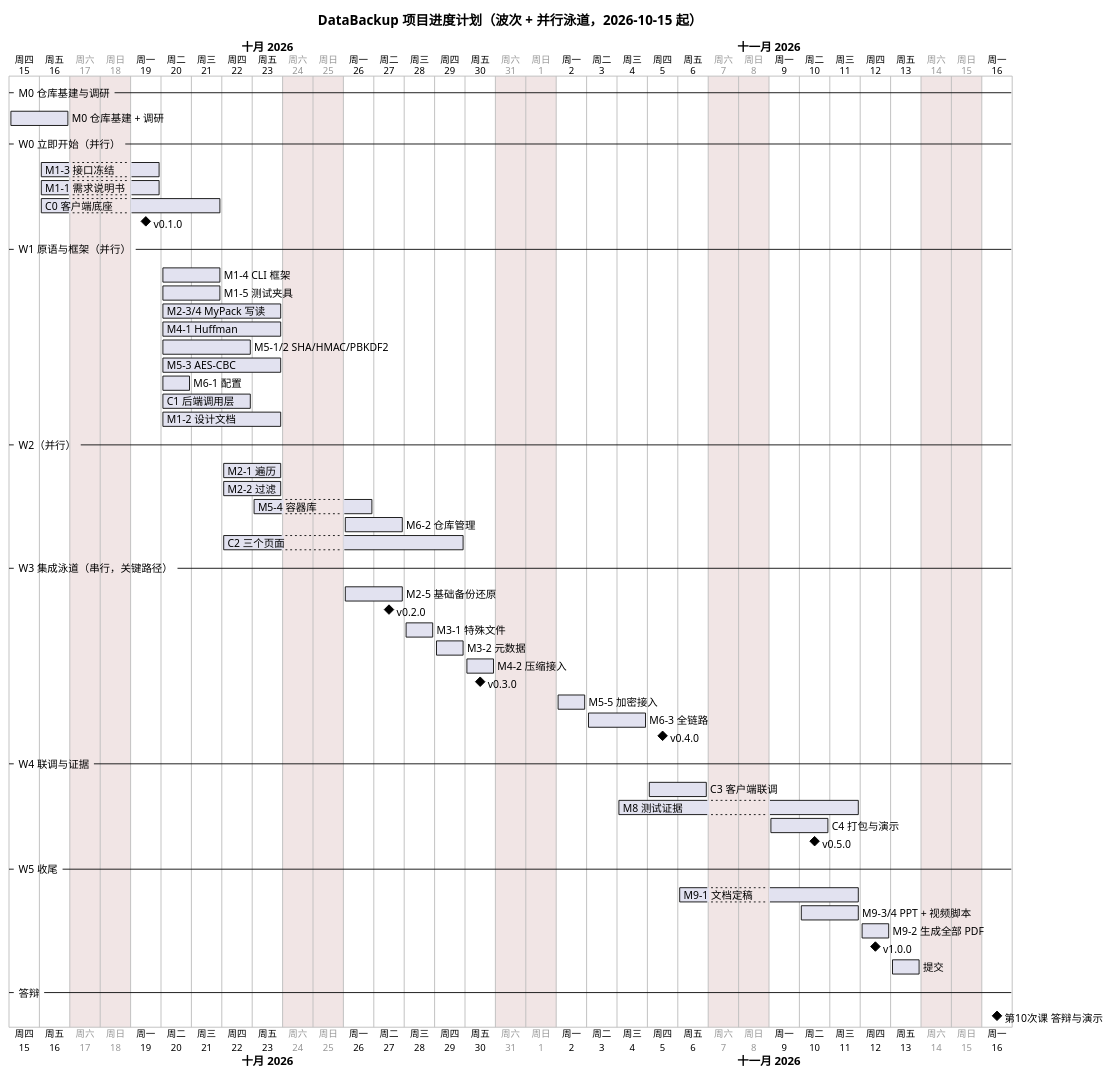
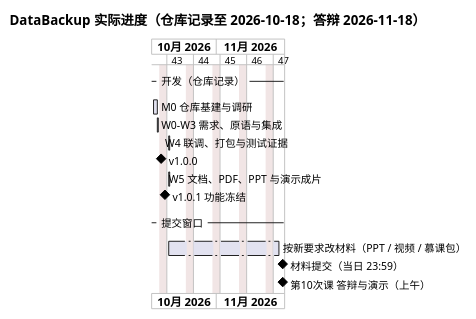
The diagram in docs/project/diagrams/schedule-gantt.puml (Piaoxuemoli/software-class-qoobeewang), drawn with PlantUML before and after one commit. The commit also changed 26 other files, not shown here.

```diff
--- a/docs/project/diagrams/schedule-gantt.puml
+++ b/docs/project/diagrams/schedule-gantt.puml
@@ -1,62 +1,21 @@
 @startgantt
-title DataBackup 项目进度计划（波次 + 并行泳道，2026-10-15 起）
+title DataBackup 实际进度（仓库记录至 2026-10-18；答辩 2026-11-18）
 language zh
-printscale daily zoom 2
+printscale weekly
 saturday are closed
 sunday are closed
 Project starts 2026-10-15
 
--- M0 仓库基建与调研 --
-[M0 仓库基建 + 调研] starts 2026-10-15 and ends 2026-10-16
+-- 开发（仓库记录） --
+[M0 仓库基建与调研] starts 2026-10-15 and ends 2026-10-16
+[W0–W3 需求、原语与集成] starts 2026-10-16 and ends 2026-10-16
+[W4 联调、打包与测试证据] starts 2026-10-17 and ends 2026-10-17
+[v1.0.0] happens 2026-10-17
+[W5 文档、PDF、PPT 与演示成片] starts 2026-10-18 and ends 2026-10-18
+[v1.0.1 功能冻结] happens 2026-10-18
 
--- W0 立即开始（并行） --
-[M1-3 接口冻结] starts 2026-10-16 and ends 2026-10-19
-[M1-1 需求说明书] starts 2026-10-16 and ends 2026-10-19
-[C0 客户端底座] starts 2026-10-16 and ends 2026-10-21
-[v0.1.0] happens 2026-10-19
-
--- W1 原语与框架（并行） --
-[M1-4 CLI 框架] starts 2026-10-20 and ends 2026-10-21
-[M1-5 测试夹具] starts 2026-10-20 and ends 2026-10-21
-[M2-3/4 MyPack 写读] starts 2026-10-20 and ends 2026-10-23
-[M4-1 Huffman] starts 2026-10-20 and ends 2026-10-23
-[M5-1/2 SHA/HMAC/PBKDF2] starts 2026-10-20 and ends 2026-10-22
-[M5-3 AES-CBC] starts 2026-10-20 and ends 2026-10-23
-[M6-1 配置] starts 2026-10-20 and ends 2026-10-20
-[C1 后端调用层] starts 2026-10-20 and ends 2026-10-22
-[M1-2 设计文档] starts 2026-10-20 and ends 2026-10-23
-
--- W2（并行） --
-[M2-1 遍历] starts 2026-10-22 and ends 2026-10-23
-[M2-2 过滤] starts 2026-10-22 and ends 2026-10-23
-[M5-4 容器库] starts 2026-10-23 and ends 2026-10-26
-[M6-2 仓库管理] starts 2026-10-26 and ends 2026-10-27
-[C2 三个页面] starts 2026-10-22 and ends 2026-10-29
-
--- W3 集成泳道（串行，关键路径） --
-[M2-5 基础备份还原] starts 2026-10-26 and ends 2026-10-27
-[v0.2.0] happens 2026-10-27
-[M3-1 特殊文件] starts 2026-10-28 and ends 2026-10-28
-[M3-2 元数据] starts 2026-10-29 and ends 2026-10-29
-[M4-2 压缩接入] starts 2026-10-30 and ends 2026-10-30
-[v0.3.0] happens 2026-10-30
-[M5-5 加密接入] starts 2026-11-02 and ends 2026-11-02
-[M6-3 全链路] starts 2026-11-03 and ends 2026-11-04
-[v0.4.0] happens 2026-11-05
-
--- W4 联调与证据 --
-[C3 客户端联调] starts 2026-11-05 and ends 2026-11-06
-[M8 测试证据] starts 2026-11-04 and ends 2026-11-11
-[C4 打包与演示] starts 2026-11-09 and ends 2026-11-10
-[v0.5.0] happens 2026-11-10
-
--- W5 收尾 --
-[M9-1 文档定稿] starts 2026-11-06 and ends 2026-11-11
-[M9-3/4 PPT + 视频脚本] starts 2026-11-10 and ends 2026-11-11
-[M9-2 生成全部 PDF] starts 2026-11-12 and ends 2026-11-12
-[v1.0.0] happens 2026-11-12
-[提交] starts 2026-11-13 and ends 2026-11-13
-
--- 答辩 --
-[第10次课 答辩与演示] happens 2026-11-16
+-- 提交窗口 --
+[按新要求改材料（PPT / 视频 / 慕课包）] starts 2026-10-19 and ends 2026-11-17
+[材料提交（当日 23:59）] happens 2026-11-18
+[第10次课 答辩与演示（上午）] happens 2026-11-18
 @endgantt
```
